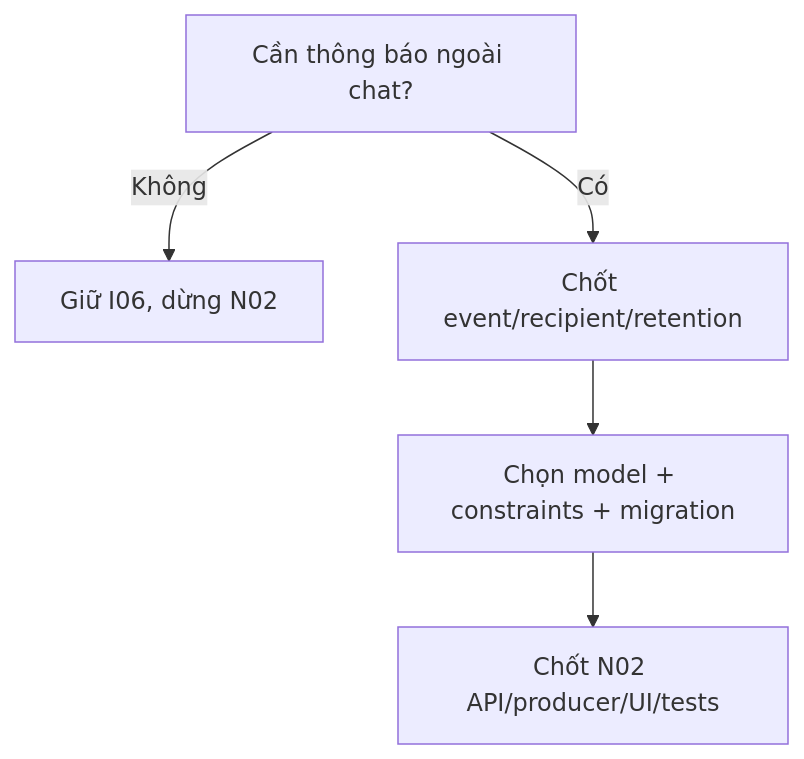
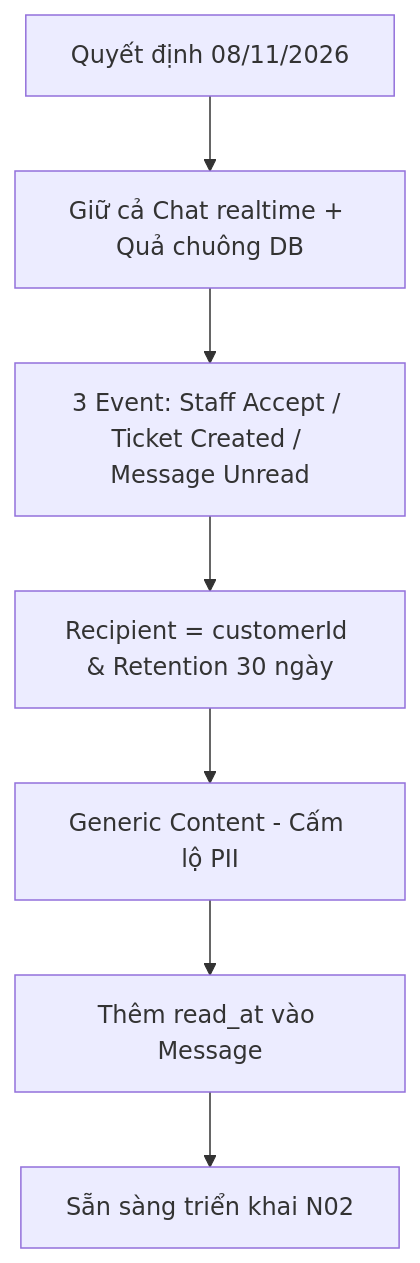
Before and after one commit to natuan05/LifeInsuranceAIAssistant: the first of 2 diagrams in docs/ui/customer/plans/notifications/01-scope-recipient-contract.md, drawn with Mermaid. The commit also changed other lines of this file and 4 other files, not shown here.

````diff
--- a/docs/ui/customer/plans/notifications/01-scope-recipient-contract.md
+++ b/docs/ui/customer/plans/notifications/01-scope-recipient-contract.md
@@ -19,7 +42,9 @@
 ```mermaid
 flowchart TD
-  A[Cần thông báo ngoài chat?] -->|Không| B[Giữ I06, dừng N02]
-  A -->|Có| C[Chốt event/recipient/retention]
-  C --> D[Chọn model + constraints + migration]
-  D --> E[Chốt N02 API/producer/UI/tests]
+  A[Quyết định 08/11/2026] --> B[Giữ cả Chat realtime + Quả chuông DB]
+  B --> C[3 Event: Staff Accept / Ticket Created / Message Unread]
+  C --> D[Recipient = customerId & Retention 30 ngày]
+  D --> E[Generic Content - Cấm lộ PII]
+  E --> F[Thêm read_at vào Message]
+  F --> G[Sẵn sàng triển khai N02]
 ```
````
